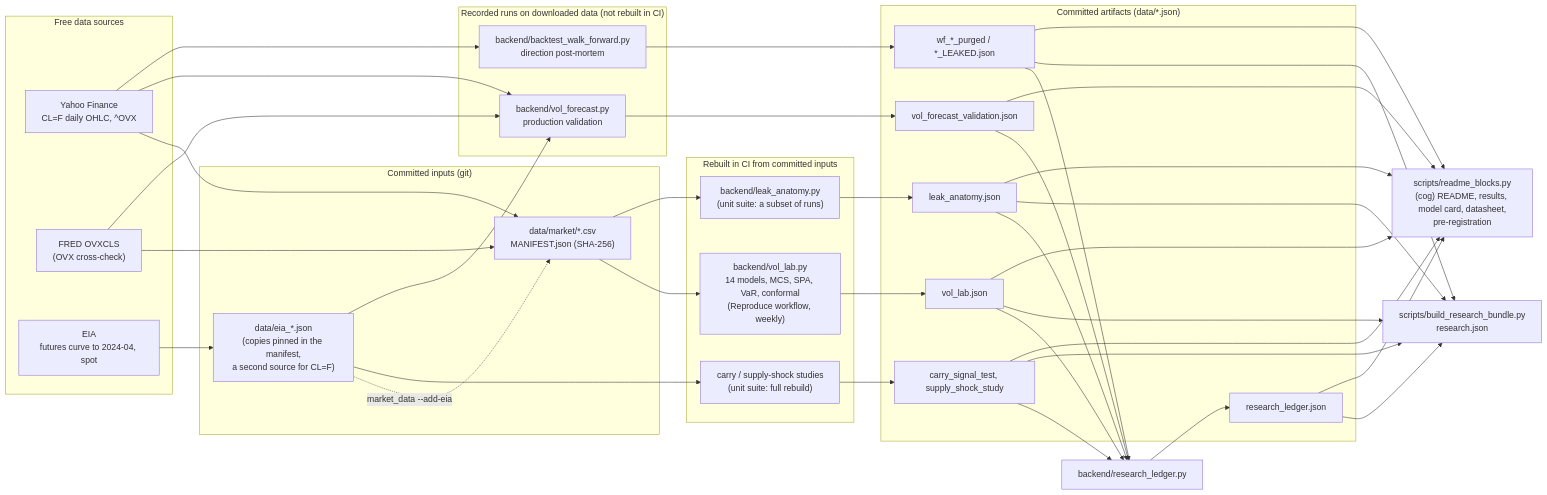
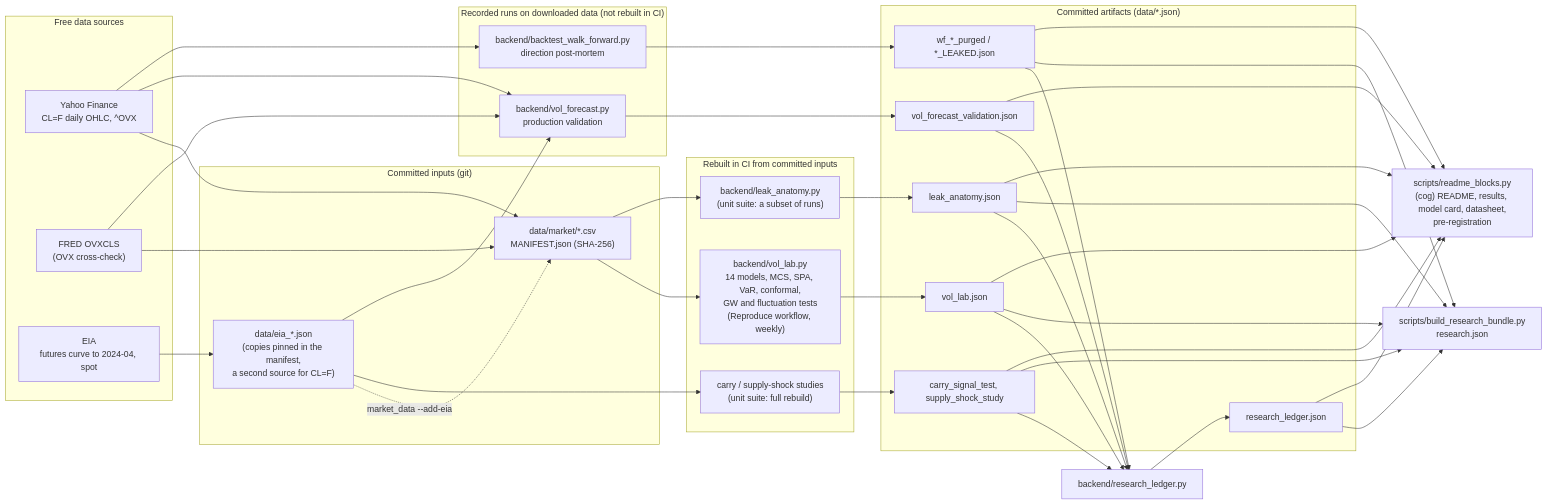
One commit to NavnoorBawa/WTI-Crude-Oil-Futures changed the first of 2 diagrams in docs/ARCHITECTURE.md. Above: the diagram before and after it, drawn with Mermaid. The commit also changed other lines of this file and 22 other files, not shown here.

First line of the commit message:
Lab: conditional predictive ability and stability over time (ROADMAP 2.3, first part) (#101)

````diff
--- a/docs/ARCHITECTURE.md
+++ b/docs/ARCHITECTURE.md
@@ -13,44 +13,44 @@
 ```mermaid
 flowchart LR
     subgraph sources["Free data sources"]
         Y["Yahoo Finance<br/>CL=F daily OHLC, ^OVX"]
         F["FRED OVXCLS<br/>(OVX cross-check)"]
         E["EIA<br/>futures curve to 2024-04, spot"]
     end
     subgraph pinned["Committed inputs (git)"]
         S["data/market/*.csv<br/>MANIFEST.json (SHA-256)"]
         EC["data/eia_*.json<br/>(copies pinned in the manifest,<br/>a second source for CL=F)"]
     end
     subgraph offline["Rebuilt in CI from committed inputs"]
-        L["backend/vol_lab.py<br/>14 models, MCS, SPA, VaR, conformal<br/>(Reproduce workflow, weekly)"]
+        L["backend/vol_lab.py<br/>14 models, MCS, SPA, VaR, conformal,<br/>GW and fluctuation tests<br/>(Reproduce workflow, weekly)"]
         LA["backend/leak_anatomy.py<br/>(unit suite: a subset of runs)"]
         C["carry / supply-shock studies<br/>(unit suite: full rebuild)"]
     end
     subgraph recorded["Recorded runs on downloaded data (not rebuilt in CI)"]
         V["backend/vol_forecast.py<br/>production validation"]
         W["backend/backtest_walk_forward.py<br/>direction post-mortem"]
     end
     subgraph artifacts["Committed artifacts (data/*.json)"]
         A1["vol_lab.json"]
         A4["leak_anatomy.json"]
         A3["carry_signal_test, supply_shock_study"]
         A5["vol_forecast_validation.json"]
         A2["wf_*_purged / *_LEAKED.json"]
         A6["research_ledger.json"]
     end
     Y --> S
     F --> S
     E --> EC
     EC -. "market_data --add-eia" .-> S
     S --> L --> A1
     S --> LA --> A4
     EC --> C --> A3
     Y --> V
     F --> V
     EC --> V
     V --> A5
     Y --> W --> A2
     A1 & A2 & A3 & A4 & A5 --> LG["backend/research_ledger.py"] --> A6
     A1 & A2 & A3 & A4 & A6 --> B["scripts/build_research_bundle.py<br/>research.json"]
     A1 & A2 & A3 & A4 & A5 & A6 --> R["scripts/readme_blocks.py<br/>(cog) README, results, model card, datasheet,<br/>pre-registration"]
 ```
````
